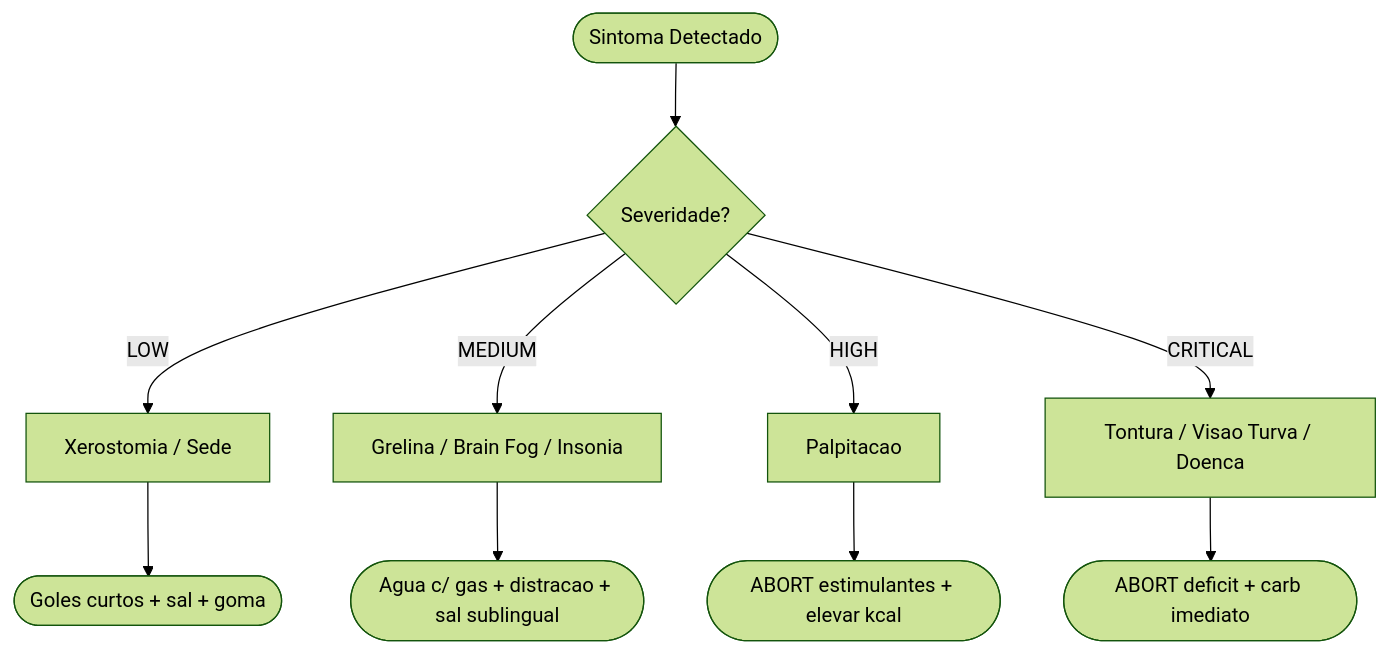
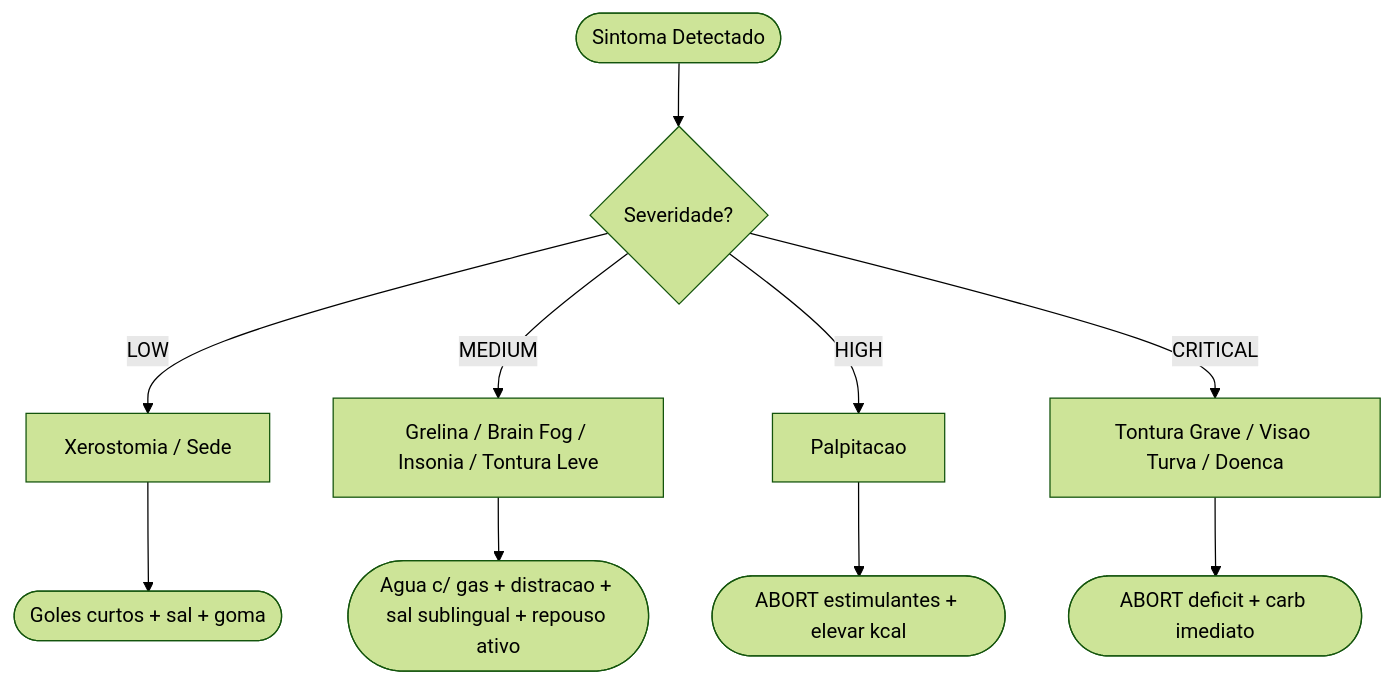
The diagram in capitulos/09-troubleshooting.md (waldeckmatheus/estudo-queima), drawn with Mermaid (forest theme) before and after one commit. The commit also changed other lines of this file and 2 other files, not shown here.

First line of the commit message:
feat(troubleshooting): adiciona Erro 04 - tontura leve por esforço cotidiano

````diff
--- a/capitulos/09-troubleshooting.md
+++ b/capitulos/09-troubleshooting.md
@@ -30,13 +31,13 @@
 ```mermaid
 flowchart TD
     S([Sintoma Detectado]) --> SEV{Severidade?}
     SEV -->|LOW| L[Xerostomia / Sede]
-    SEV -->|MEDIUM| M[Grelina / Brain Fog / Insonia]
+    SEV -->|MEDIUM| M[Grelina / Brain Fog / Insonia / Tontura Leve]
     SEV -->|HIGH| H[Palpitacao]
-    SEV -->|CRITICAL| C[Tontura / Visao Turva / Doenca]
+    SEV -->|CRITICAL| C[Tontura Grave / Visao Turva / Doenca]
 
     L --> L1([Goles curtos + sal + goma])
-    M --> M1([Agua c/ gas + distracao + sal sublingual])
+    M --> M1([Agua c/ gas + distracao + sal sublingual + repouso ativo])
     H --> H1([ABORT estimulantes + elevar kcal])
     C --> C1([ABORT deficit + carb imediato])
 ```
````
